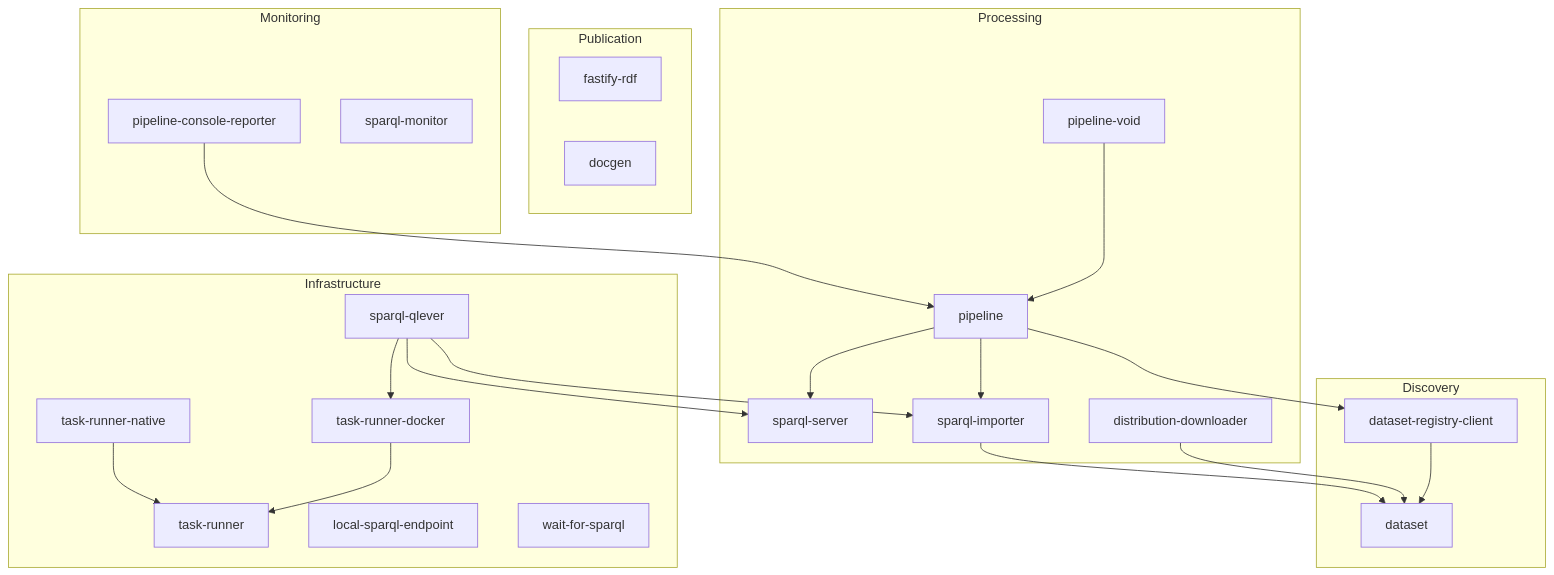
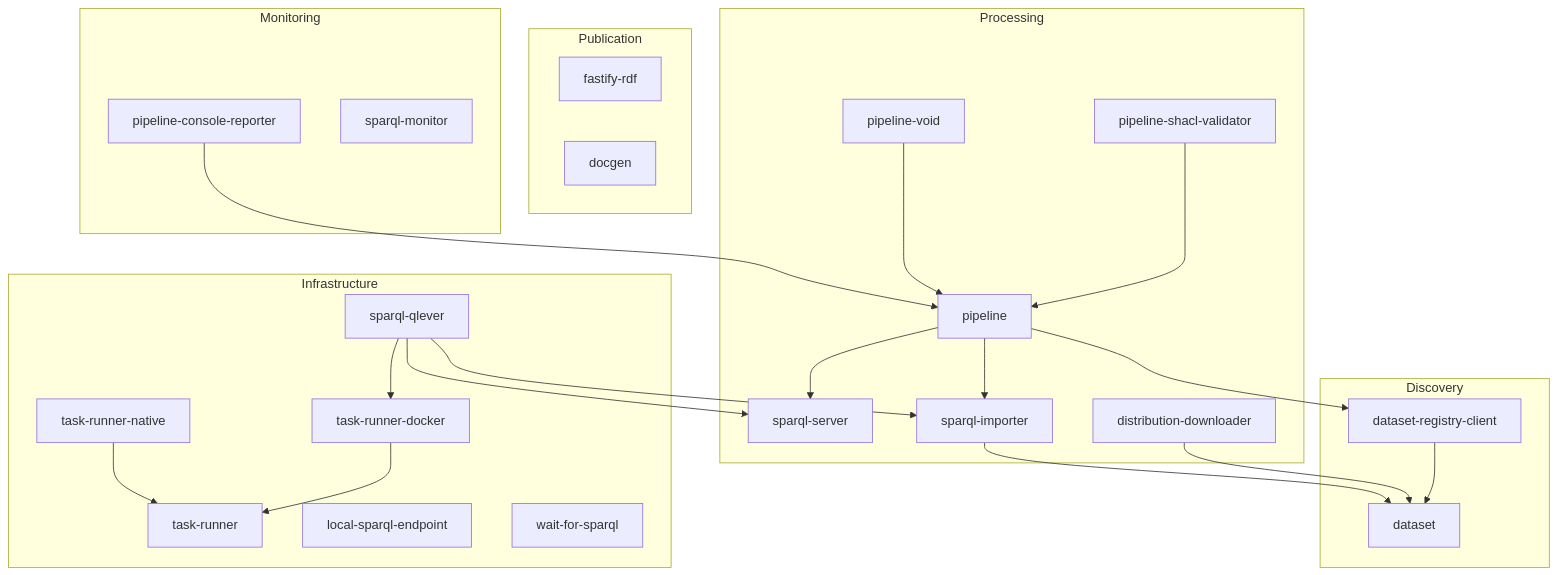
One commit to ldengine/lde changed the diagram in README.md. Above: the diagram before and after it, drawn with Mermaid. The commit also changed other lines of this file and 24 other files, not shown here.

First line of the commit message:
feat(pipeline): add SHACL validation as a stage option

````diff
--- a/README.md
+++ b/README.md
@@ -167,37 +172,38 @@
 ```mermaid
 graph TD
   subgraph Discovery
     dataset
     dataset-registry-client --> dataset
   end
 
   subgraph Processing
     pipeline --> dataset-registry-client
     pipeline --> sparql-server
     pipeline --> sparql-importer
+    pipeline-shacl-validator --> pipeline
     pipeline-void --> pipeline
     distribution-downloader --> dataset
     sparql-importer --> dataset
   end
 
   subgraph Publication
     fastify-rdf
     docgen
   end
 
   subgraph Monitoring
     pipeline-console-reporter --> pipeline
     sparql-monitor
   end
 
   subgraph Infrastructure
     sparql-qlever --> sparql-importer
     sparql-qlever --> sparql-server
     sparql-qlever --> task-runner-docker
     task-runner-docker --> task-runner
     task-runner-native --> task-runner
     sparql-server
     local-sparql-endpoint
     wait-for-sparql
   end
 ```
````
